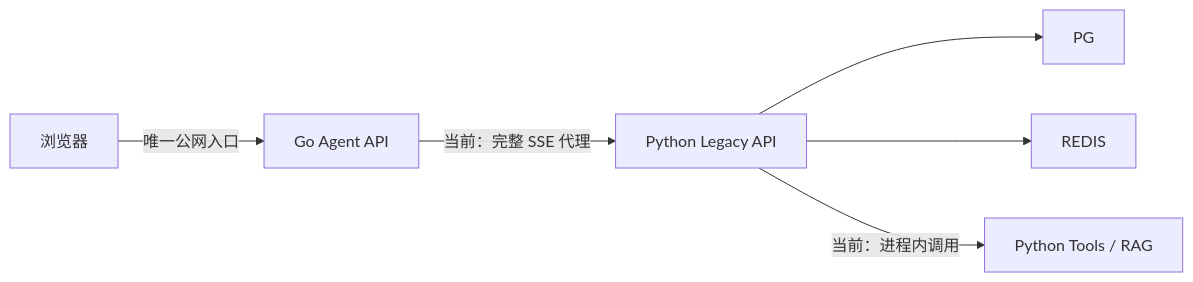
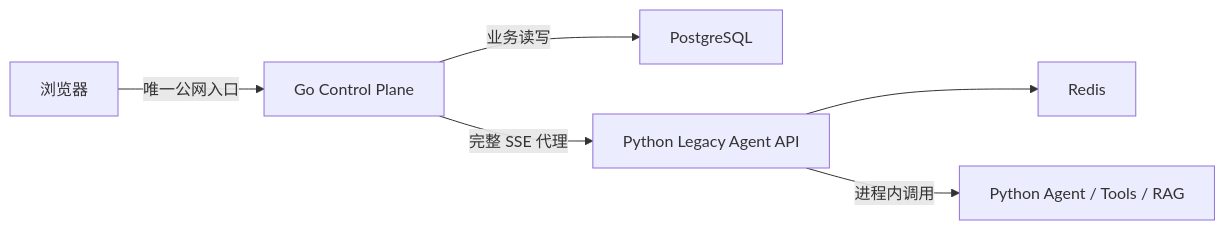
Before and after one commit to starslittle/agent: the fifth of 6 diagrams in PYTHON_TO_GO_MIGRATION.md, drawn with Mermaid. The commit also changed other lines of this file, not shown here.

Commit message:
docs(architecture): define agent service migration plan

````diff
--- a/PYTHON_TO_GO_MIGRATION.md
+++ b/PYTHON_TO_GO_MIGRATION.md
@@ -339,8 +358,8 @@
 ```mermaid
 flowchart LR
-    USER["浏览器"] -->|唯一公网入口| GO["Go Agent API"]
-    GO -->|当前：完整 SSE 代理| PY["Python Legacy API"]
-    PY --> PG
-    PY --> REDIS
-    PY -->|当前：进程内调用| TOOLS["Python Tools / RAG"]
+    USER["浏览器"] -->|唯一公网入口| GO["Go Control Plane"]
+    GO -->|业务读写| PG["PostgreSQL"]
+    GO -->|完整 SSE 代理| PY["Python Legacy Agent API"]
+    PY --> REDIS["Redis"]
+    PY -->|进程内调用| TOOLS["Python Agent / Tools / RAG"]
 ```
````
